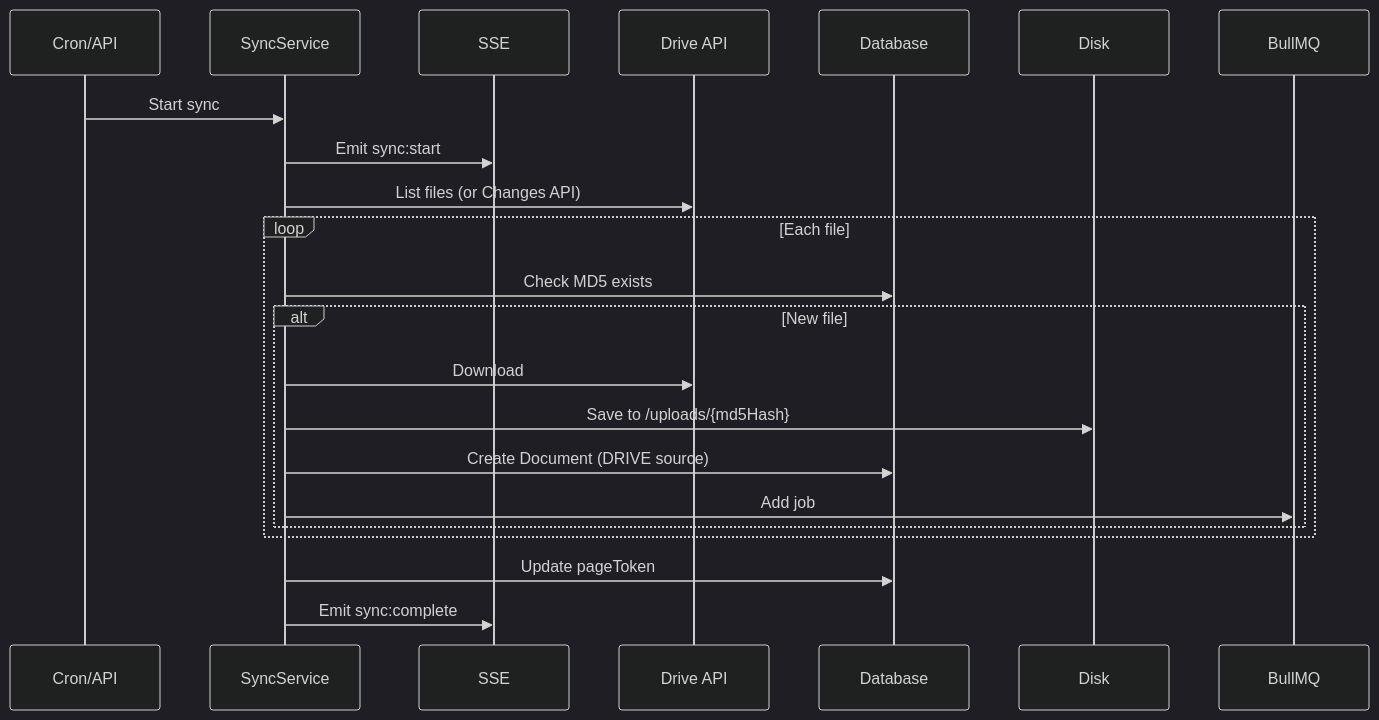
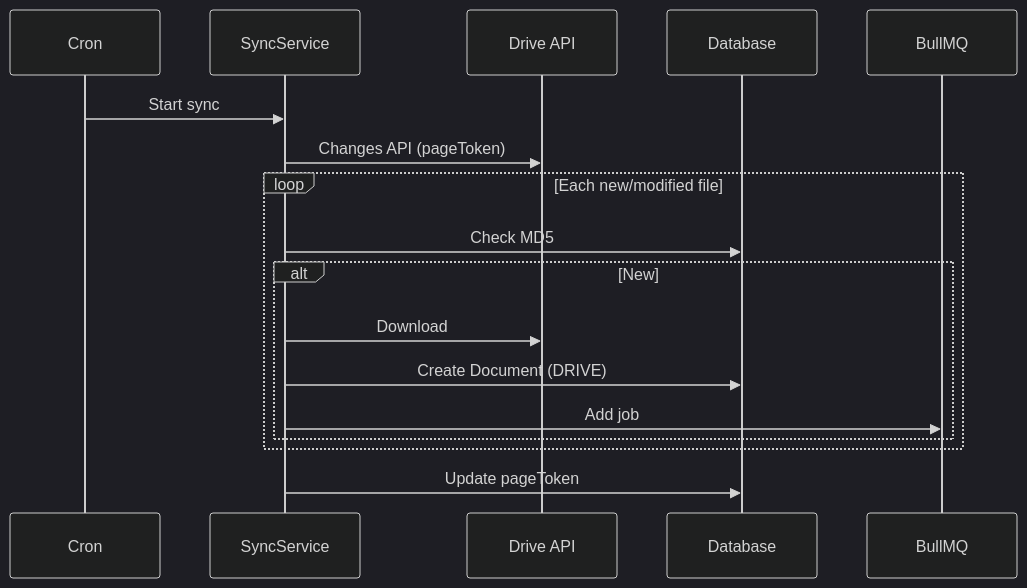
Before and after one commit to namtroi/RAGBase: the third of 5 diagrams in docs/data-flow.md, drawn with Mermaid (dark theme). The commit also changed other lines of this file and 6 other files, not shown here.

````diff
--- a/docs/data-flow.md
+++ b/docs/data-flow.md
@@ -57,17 +58,14 @@
 ```mermaid
 sequenceDiagram
-    Cron/API->>SyncService: Start sync
-    SyncService->>SSE: Emit sync:start
-    SyncService->>Drive API: List files (or Changes API)
-    loop Each file
-        SyncService->>Database: Check MD5 exists
-        alt New file
+    Cron->>SyncService: Start sync
+    SyncService->>Drive API: Changes API (pageToken)
+    loop Each new/modified file
+        SyncService->>Database: Check MD5
+        alt New
             SyncService->>Drive API: Download
-            SyncService->>Disk: Save to /uploads/{md5Hash}
-            SyncService->>Database: Create Document (DRIVE source)
+            SyncService->>Database: Create Document (DRIVE)
             SyncService->>BullMQ: Add job
         end
     end
     SyncService->>Database: Update pageToken
-    SyncService->>SSE: Emit sync:complete
 ```
````
